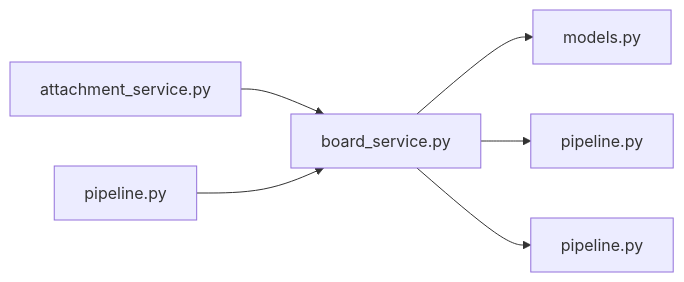
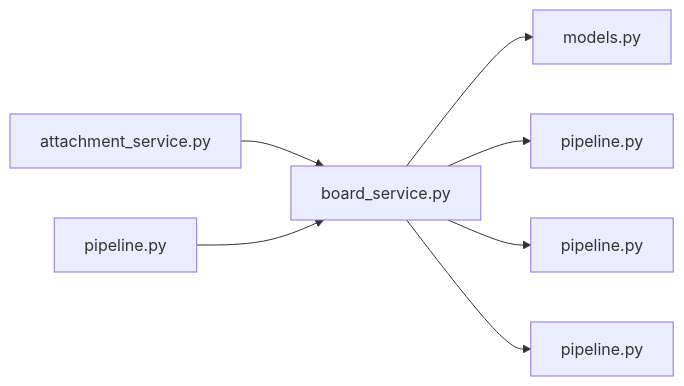
Before and after one commit to minkong-dev/Banblit: the diagram in .cluedoc/graph/backend/src/backend/services/board/board_service.md, drawn with Mermaid. The commit also changed other lines of this file and 48 other files, not shown here.

````diff
--- a/.cluedoc/graph/backend/src/backend/services/board/board_service.md
+++ b/.cluedoc/graph/backend/src/backend/services/board/board_service.md
@@ -10,9 +10,10 @@
 ```mermaid
 flowchart LR
   backend_src_backend_services_board_board_service["board_service.py"]
   backend_src_backend_services_board_board_service --> backend_src_backend_db_models["models.py"]
   backend_src_backend_services_board_board_service --> backend_src_backend_services_permission_pipeline["pipeline.py"]
+  backend_src_backend_services_board_board_service --> backend_src_backend_services_roster_pipeline["pipeline.py"]
   backend_src_backend_services_board_board_service --> backend_src_backend_services_validation_pipeline["pipeline.py"]
   backend_src_backend_services_board_attachment_service["attachment_service.py"] --> backend_src_backend_services_board_board_service
   backend_src_backend_services_board_pipeline["pipeline.py"] --> backend_src_backend_services_board_board_service
 ```
````
